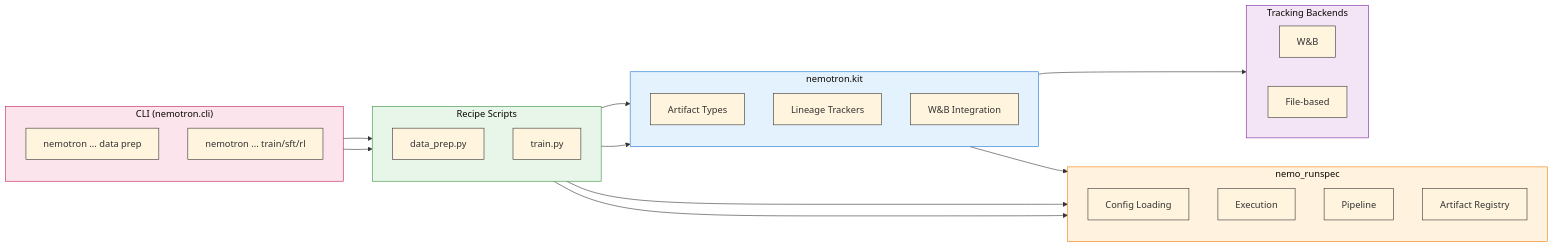
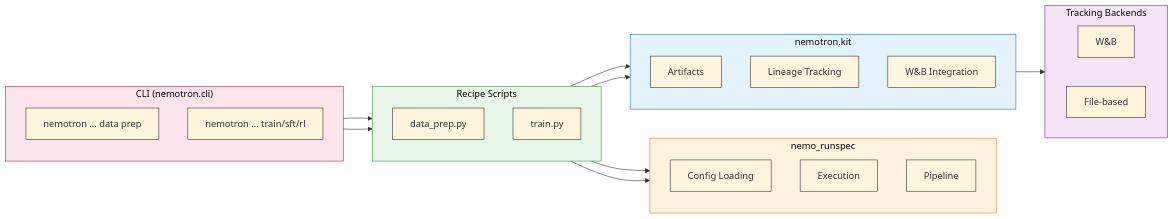
One commit to akao47/Nemotron changed the diagram in docs/nemotron/kit.md. Above: the diagram before and after it, drawn with Mermaid. The commit also changed other lines of this file and 102 other files, not shown here.

````diff
--- a/docs/nemotron/kit.md
+++ b/docs/nemotron/kit.md
@@ -21,51 +21,49 @@
 ```mermaid
 %%{init: {'theme': 'base', 'themeVariables': { 'primaryBorderColor': '#333333', 'lineColor': '#333333', 'primaryTextColor': '#333333', 'clusterBkg': '#ffffff', 'clusterBorder': '#333333'}}}%%
 flowchart LR
     subgraph cli["CLI (nemotron.cli)"]
         direction TB
         CMD1["nemotron ... data prep"]
         CMD2["nemotron ... train/sft/rl"]
     end
 
     subgraph recipes["Recipe Scripts"]
         direction TB
         DataPrep["data_prep.py"]
         Train["train.py"]
     end
 
     subgraph runspec["nemo_runspec"]
         direction TB
         Config["Config Loading"]
         Exec["Execution"]
         Pipeline["Pipeline"]
-        Registry["Artifact Registry"]
     end
 
     subgraph kit["nemotron.kit"]
         direction TB
-        Artifact["Artifact Types"]
-        Tracker["Lineage Trackers"]
+        Artifact["Artifacts"]
+        Tracker["Lineage Tracking"]
         WandB["W&B Integration"]
     end
 
     subgraph tracking["Tracking Backends"]
         direction LR
         WandBBackend["W&B"]
         FileBackend["File-based"]
     end
 
     CMD1 --> DataPrep
     CMD2 --> Train
     DataPrep --> kit
     DataPrep --> runspec
     Train --> kit
     Train --> runspec
-    Artifact --> Registry
     Tracker --> tracking
 
     style cli fill:#fce4ec,stroke:#c2185b
     style recipes fill:#e8f5e9,stroke:#388e3c
     style runspec fill:#fff3e0,stroke:#f57c00
     style kit fill:#e3f2fd,stroke:#1976d2
     style tracking fill:#f3e5f5,stroke:#7b1fa2
 ```
````
